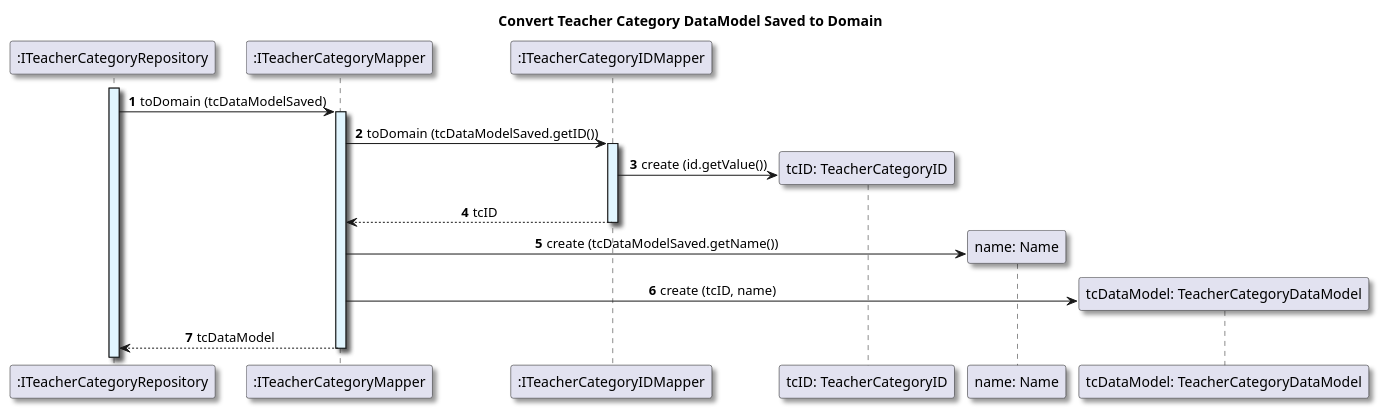
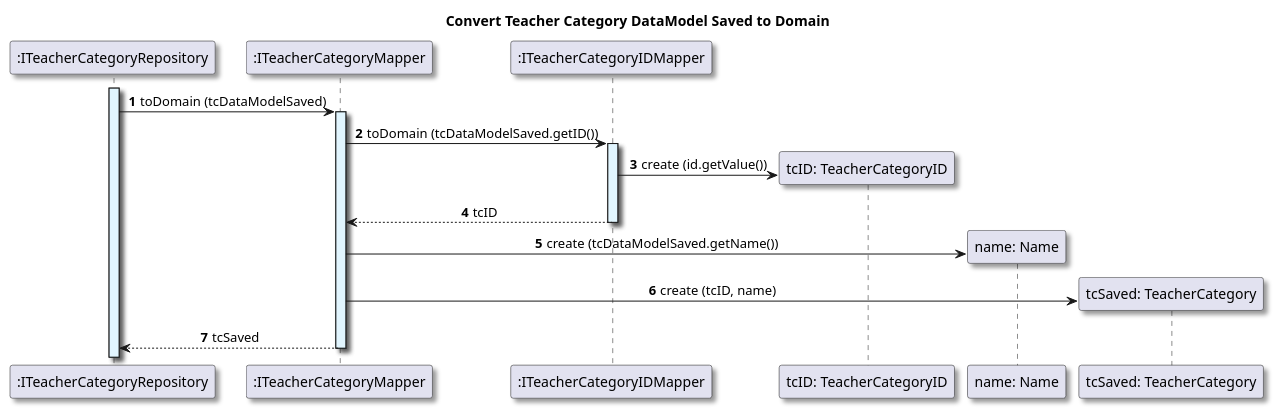
The diagram in docs/US01/Sprint6_RestAPI/ScenarioView/References/US01_convertTeacherCategorySavedDataModeltoDomain.puml (GasparISEP/DevOps-PAI), drawn with PlantUML before and after one commit. The commit also changed 2 other files, not shown here.

Commit message:
doc (references): create reference to convert teacher career progression DataModel to Domain  #675 #678

```diff
--- a/docs/US01/Sprint6_RestAPI/ScenarioView/References/US01_convertTeacherCategorySavedDataModeltoDomain.puml
+++ b/docs/US01/Sprint6_RestAPI/ScenarioView/References/US01_convertTeacherCategorySavedDataModeltoDomain.puml
@@ -1,39 +1,39 @@
 @startuml
 
 title Convert Teacher Category DataModel Saved to Domain
 
 autonumber
 skinparam {
   ActivityPadding 2
   ActivityMargin 2
   BoxPadding 2
 }
 skinparam defaultTextAlignment center
 skinparam shadowing true
 
 participant ":ITeacherCategoryRepository" as ITeacherCategoryRepository
 
 activate ITeacherCategoryRepository #E1F5FE
 participant ":ITeacherCategoryMapper" as tcMapper
 ITeacherCategoryRepository -> tcMapper: toDomain (tcDataModelSaved)
 activate tcMapper #E1F5FE
 
 participant ":ITeacherCategoryIDMapper" as tcIDMapper
 tcMapper -> tcIDMapper: toDomain (tcDataModelSaved.getID())
 activate tcIDMapper #E1F5FE
 create "tcID: TeacherCategoryID"
 tcIDMapper -> "tcID: TeacherCategoryID": create (id.getValue())
 tcIDMapper --> tcMapper: tcID
 deactivate tcIDMapper
 
 create "name: Name"
 tcMapper -> "name: Name": create (tcDataModelSaved.getName())
 
-create "tcDataModel: TeacherCategoryDataModel"
-tcMapper -> "tcDataModel: TeacherCategoryDataModel": create (tcID, name)
+create "tcSaved: TeacherCategory"
+tcMapper -> "tcSaved: TeacherCategory": create (tcID, name)
 
-tcMapper --> ITeacherCategoryRepository: tcDataModel
+tcMapper --> ITeacherCategoryRepository: tcSaved
 deactivate tcMapper
 deactivate tcMapper
 
 @enduml
```
